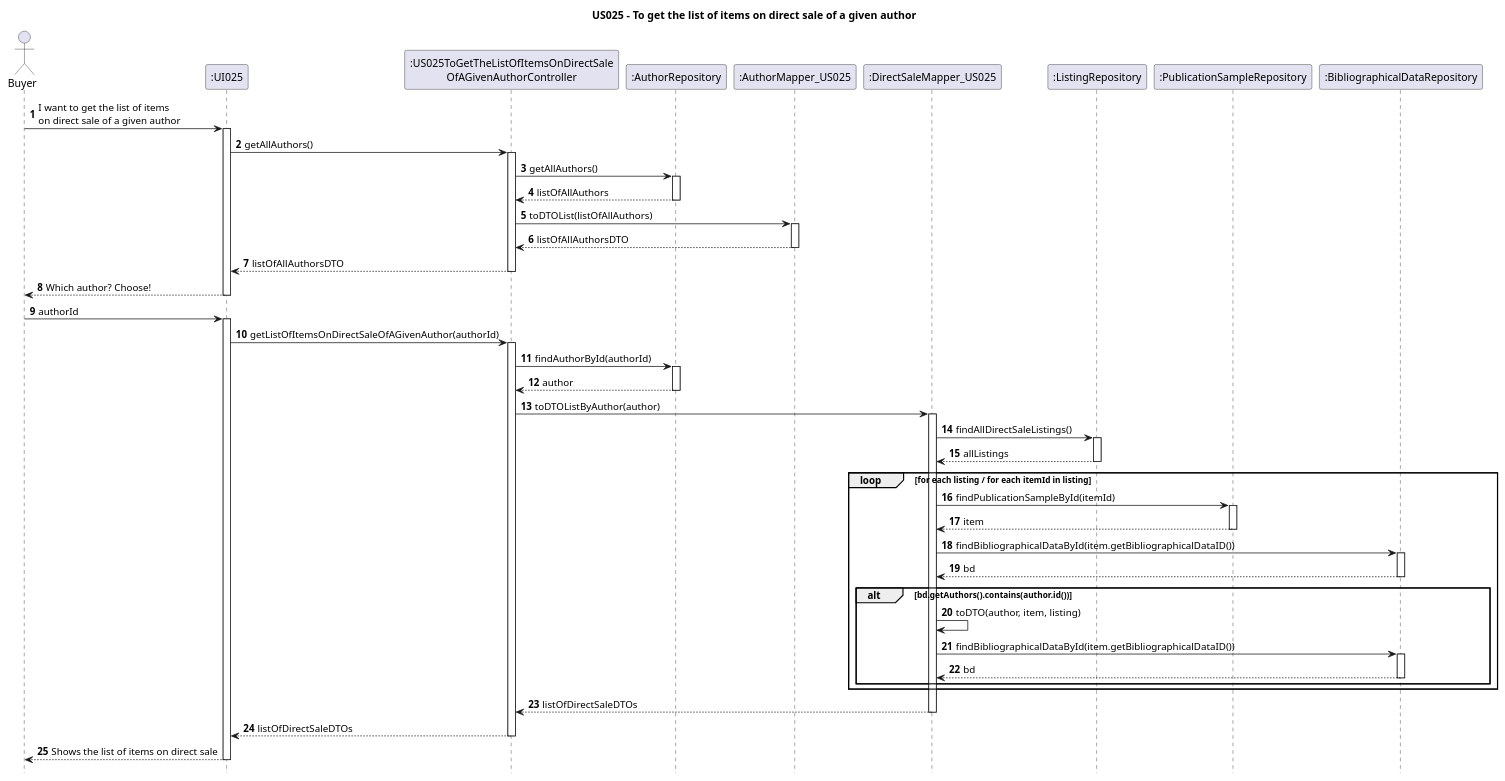
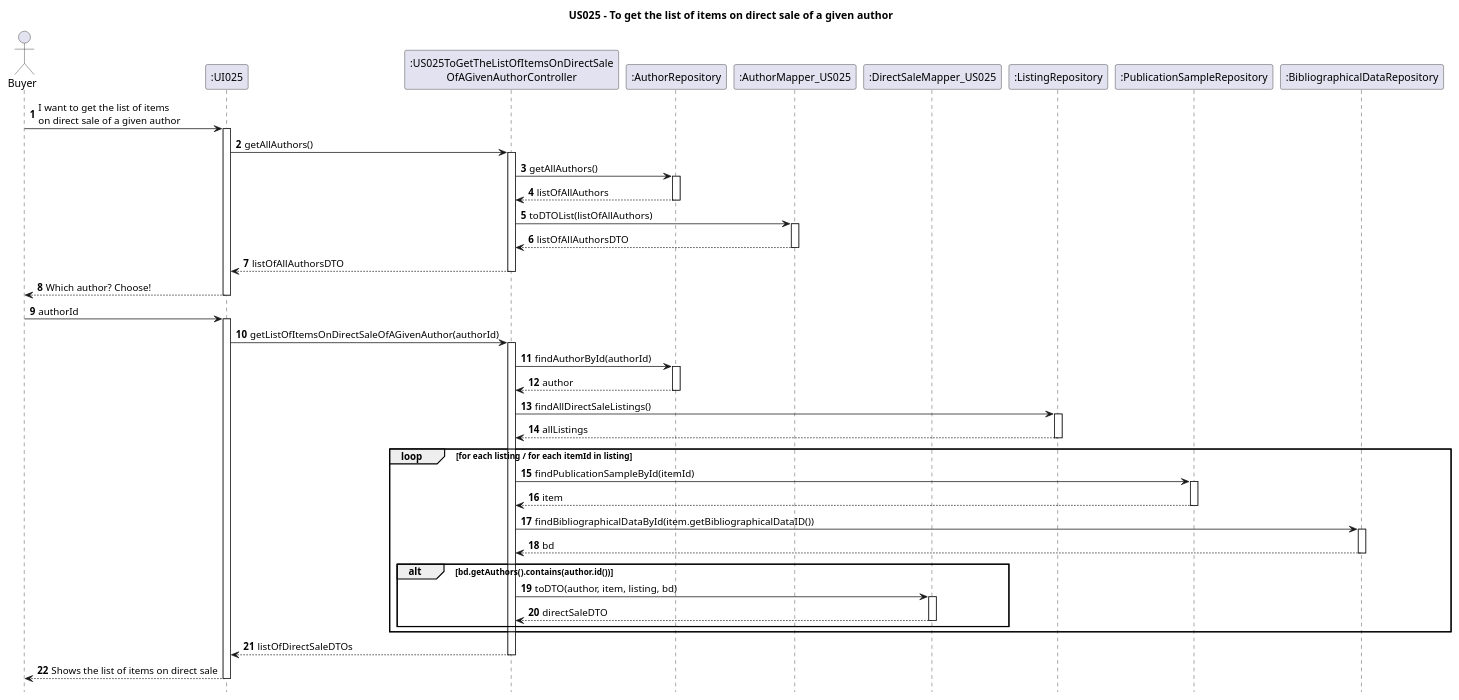
One commit to AndrePereiraGitH/SWitCH-Project-Team_A changed the diagram in Diagrams/SequenceDiagrams/N2/US025-to-get-the-list-of-items-on-direct-sale-of-a-given-author.puml. Above: the diagram before and after it, drawn with PlantUML. The commit also changed 11 other files, not shown here.

```diff
--- a/Diagrams/SequenceDiagrams/N2/US025-to-get-the-list-of-items-on-direct-sale-of-a-given-author.puml
+++ b/Diagrams/SequenceDiagrams/N2/US025-to-get-the-list-of-items-on-direct-sale-of-a-given-author.puml
@@ -1,92 +1,85 @@
 @startuml
 
 hide footbox
 autonumber
 title US025 - To get the list of items on direct sale of a given author
 
 actor Buyer
 
 ' Participants
 participant ":UI025" as UI025
 participant ":US025ToGetTheListOfItemsOnDirectSale\nOfAGivenAuthorController" as Ctrl
 participant ":AuthorRepository" as AuthorRepository
 participant ":AuthorMapper_US025" as AuthorMapper
 participant ":DirectSaleMapper_US025" as Mapper
 participant ":ListingRepository" as ListingRepository
 participant ":PublicationSampleRepository" as PublicationSampleRepository
 participant ":BibliographicalDataRepository" as BibliographicalDataRepository
 
 ' Interactions
 Buyer -> UI025 : I want to get the list of items\non direct sale of a given author
 activate UI025
 
 UI025 -> Ctrl : getAllAuthors()
 activate Ctrl
 
 Ctrl -> AuthorRepository : getAllAuthors()
 activate AuthorRepository
 AuthorRepository --> Ctrl : listOfAllAuthors
 deactivate AuthorRepository
 
 Ctrl -> AuthorMapper : toDTOList(listOfAllAuthors)
 activate AuthorMapper
 AuthorMapper --> Ctrl : listOfAllAuthorsDTO
 deactivate AuthorMapper
 
 Ctrl --> UI025 : listOfAllAuthorsDTO
 deactivate Ctrl
 
 UI025 --> Buyer : Which author? Choose!
 deactivate UI025
 
 Buyer -> UI025 : authorId
 activate UI025
 
 UI025 -> Ctrl : getListOfItemsOnDirectSaleOfAGivenAuthor(authorId)
 activate Ctrl
 
 Ctrl -> AuthorRepository : findAuthorById(authorId)
 activate AuthorRepository
 AuthorRepository --> Ctrl : author
 deactivate AuthorRepository
 
-Ctrl -> Mapper : toDTOListByAuthor(author)
-activate Mapper
-
-Mapper -> ListingRepository : findAllDirectSaleListings()
+Ctrl -> ListingRepository : findAllDirectSaleListings()
 activate ListingRepository
-ListingRepository --> Mapper : allListings
+ListingRepository --> Ctrl : allListings
 deactivate ListingRepository
 
 loop for each listing / for each itemId in listing
 
-    Mapper -> PublicationSampleRepository : findPublicationSampleById(itemId)
+    Ctrl -> PublicationSampleRepository : findPublicationSampleById(itemId)
     activate PublicationSampleRepository
-    PublicationSampleRepository --> Mapper : item
+    PublicationSampleRepository --> Ctrl : item
     deactivate PublicationSampleRepository
 
-    Mapper -> BibliographicalDataRepository : findBibliographicalDataById(item.getBibliographicalDataID())
+    Ctrl -> BibliographicalDataRepository : findBibliographicalDataById(item.getBibliographicalDataID())
     activate BibliographicalDataRepository
-    BibliographicalDataRepository --> Mapper : bd
+    BibliographicalDataRepository --> Ctrl : bd
     deactivate BibliographicalDataRepository
 
     alt bd.getAuthors().contains(author.id())
-        Mapper -> Mapper : toDTO(author, item, listing)
-        Mapper -> BibliographicalDataRepository : findBibliographicalDataById(item.getBibliographicalDataID())
-        activate BibliographicalDataRepository
-        BibliographicalDataRepository --> Mapper : bd
-        deactivate BibliographicalDataRepository
+        Ctrl -> Mapper : toDTO(author, item, listing, bd)
+        activate Mapper
+        Mapper --> Ctrl : directSaleDTO
+        deactivate Mapper
     end
 
 end
-
-Mapper --> Ctrl : listOfDirectSaleDTOs
-deactivate Mapper
 
 Ctrl --> UI025 : listOfDirectSaleDTOs
 deactivate Ctrl
 
 UI025 --> Buyer : Shows the list of items on direct sale
 deactivate UI025
 
 @enduml
```
